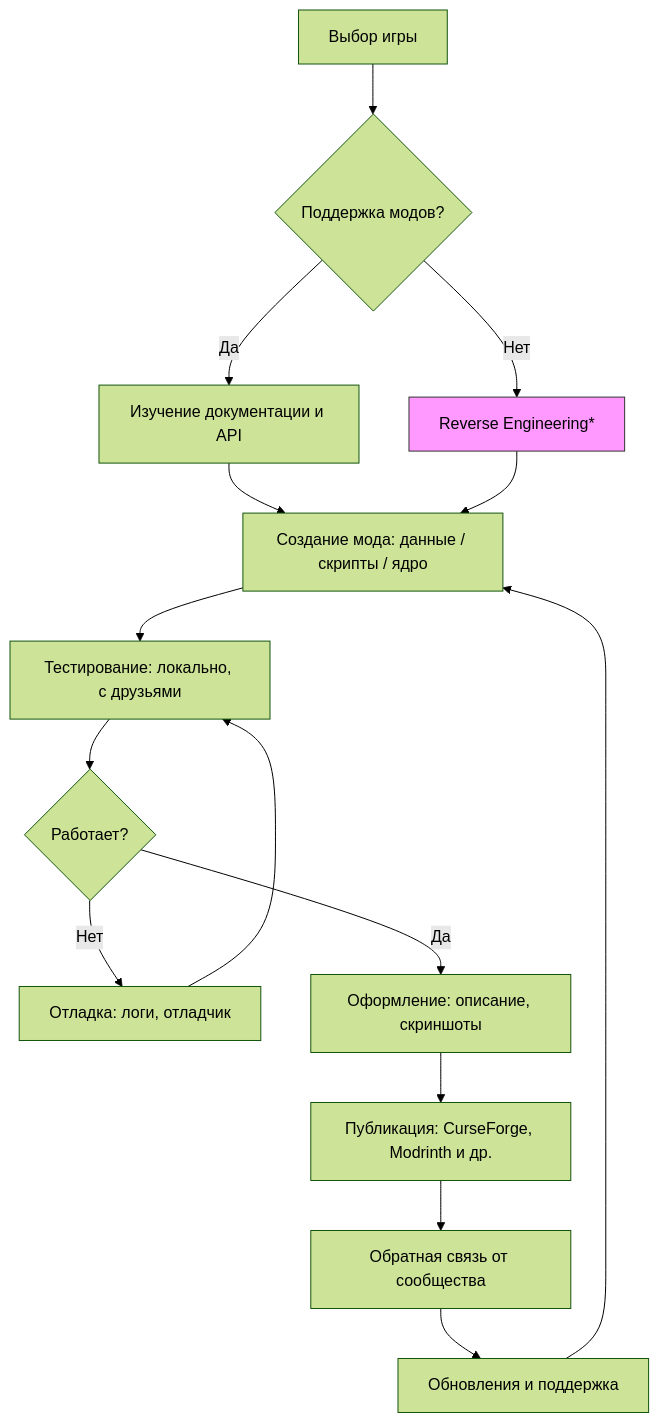
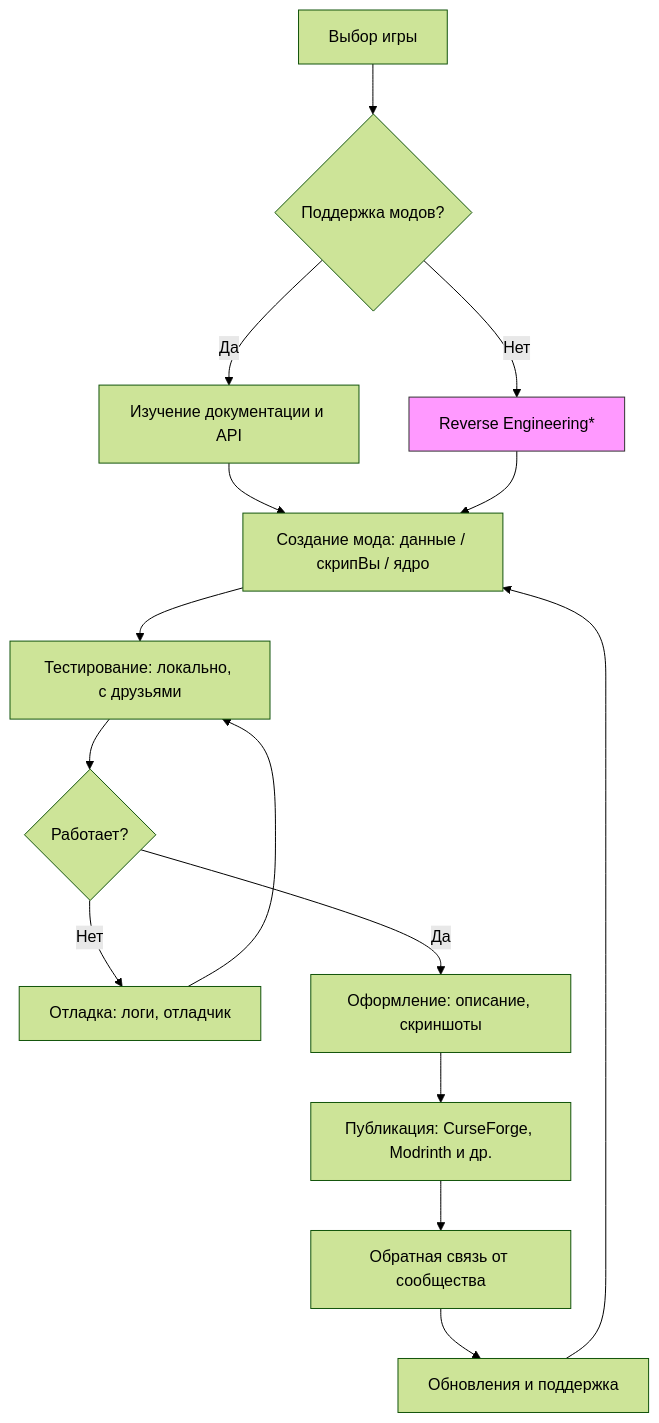
Before and after one commit to Spirzen/it-knowledge-base: the second of 2 diagrams in docs/encyclopedia/9-spinoff/9-11-dlya-detey/2-video-games/13.md, drawn with Mermaid (forest theme). The commit also changed other lines of this file and 1180 other files, not shown here.

````diff
--- a/docs/encyclopedia/9-spinoff/9-11-dlya-detey/2-video-games/13.md
+++ b/docs/encyclopedia/9-spinoff/9-11-dlya-detey/2-video-games/13.md
@@ -290,22 +290,22 @@
 ```mermaid
 flowchart TD
     A[Выбор игры] --> B{Поддержка модов?}
     B -->|Да| C[Изучение документации и API]
     B -->|Нет| D[Reverse Engineering*]
-    C --> E[Создание мода: данные / скрипты / ядро]
+    C --> E[Создание мода: данные / скрипВы / ядро]
     D --> E
     E --> F[Тестирование: локально, с друзьями]
     F --> G{Работает?}
     G -->|Нет| H[Отладка: логи, отладчик]
     H --> F
     G -->|Да| I[Оформление: описание, скриншоты]
     I --> J[Публикация: CurseForge, Modrinth и др.]
     J --> K[Обратная связь от сообщества]
     K --> L[Обновления и поддержка]
     L --> E
 
     style D fill:#f9f,stroke:#333
     classDef warning fill:#ffebee,stroke:#f44336;
     class D warning;
     click D "https://ru.wikipedia.org/wiki/Обратная_разработка" _blank
 ```
````
